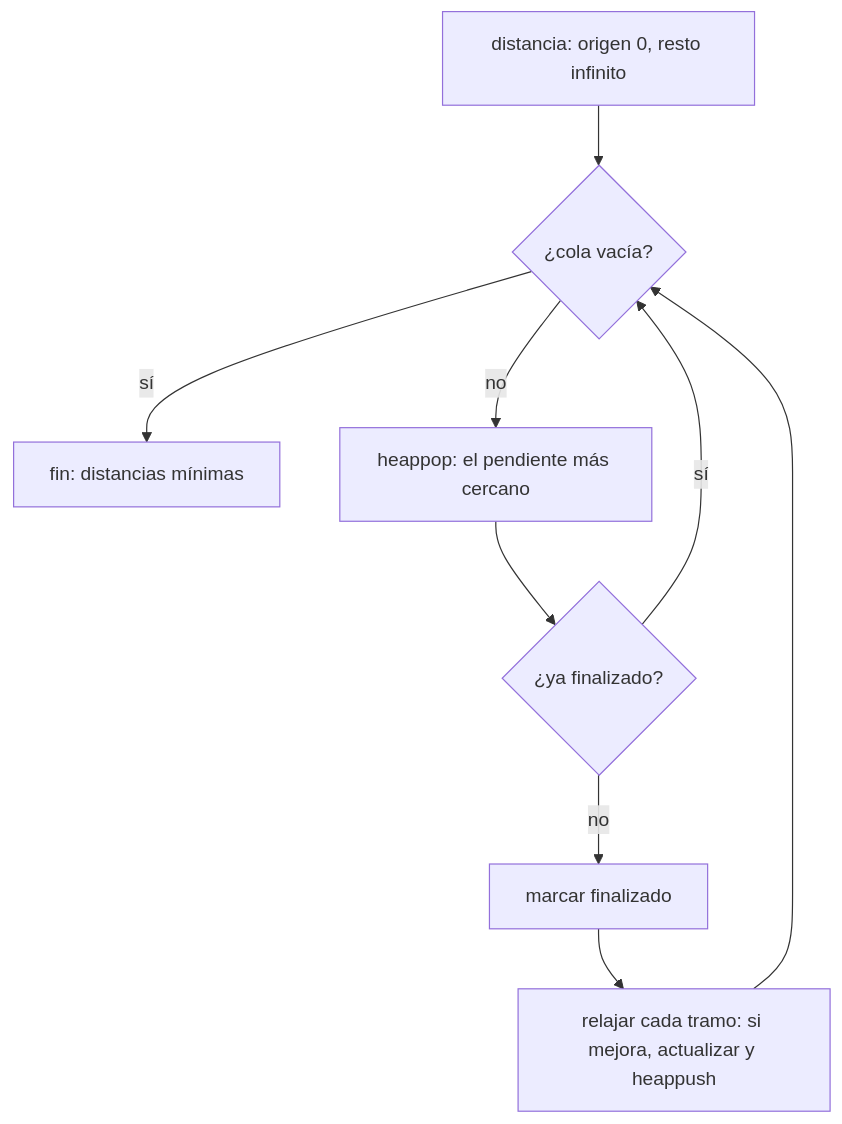
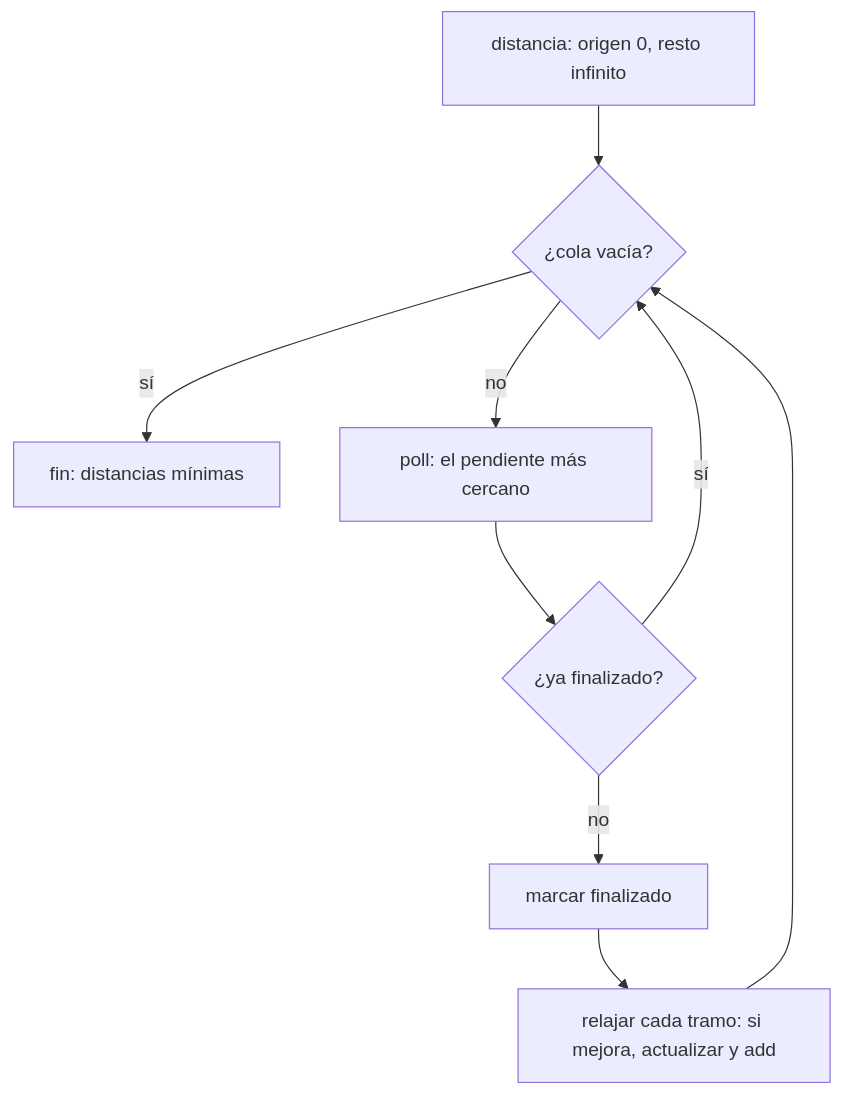
Before and after one commit to NICORUIZ93/The_Imperial_Book: the third of 5 diagrams in web/public/content/foundations/modulo-8.md, drawn with Mermaid. The commit also changed other lines of this file and 1 other file, not shown here.

````diff
--- a/web/public/content/foundations/modulo-8.md
+++ b/web/public/content/foundations/modulo-8.md
@@ -984,11 +1056,11 @@
 ```mermaid
 flowchart TD
     I["distancia: origen 0, resto infinito"] --> Q{"¿cola vacía?"}
     Q -- sí --> F["fin: distancias mínimas"]
-    Q -- no --> P["heappop: el pendiente más cercano"]
+    Q -- no --> P["poll: el pendiente más cercano"]
     P --> V{"¿ya finalizado?"}
     V -- sí --> Q
     V -- no --> M["marcar finalizado"]
-    M --> R["relajar cada tramo: si mejora, actualizar y heappush"]
+    M --> R["relajar cada tramo: si mejora, actualizar y add"]
     R --> Q
 ```
````
